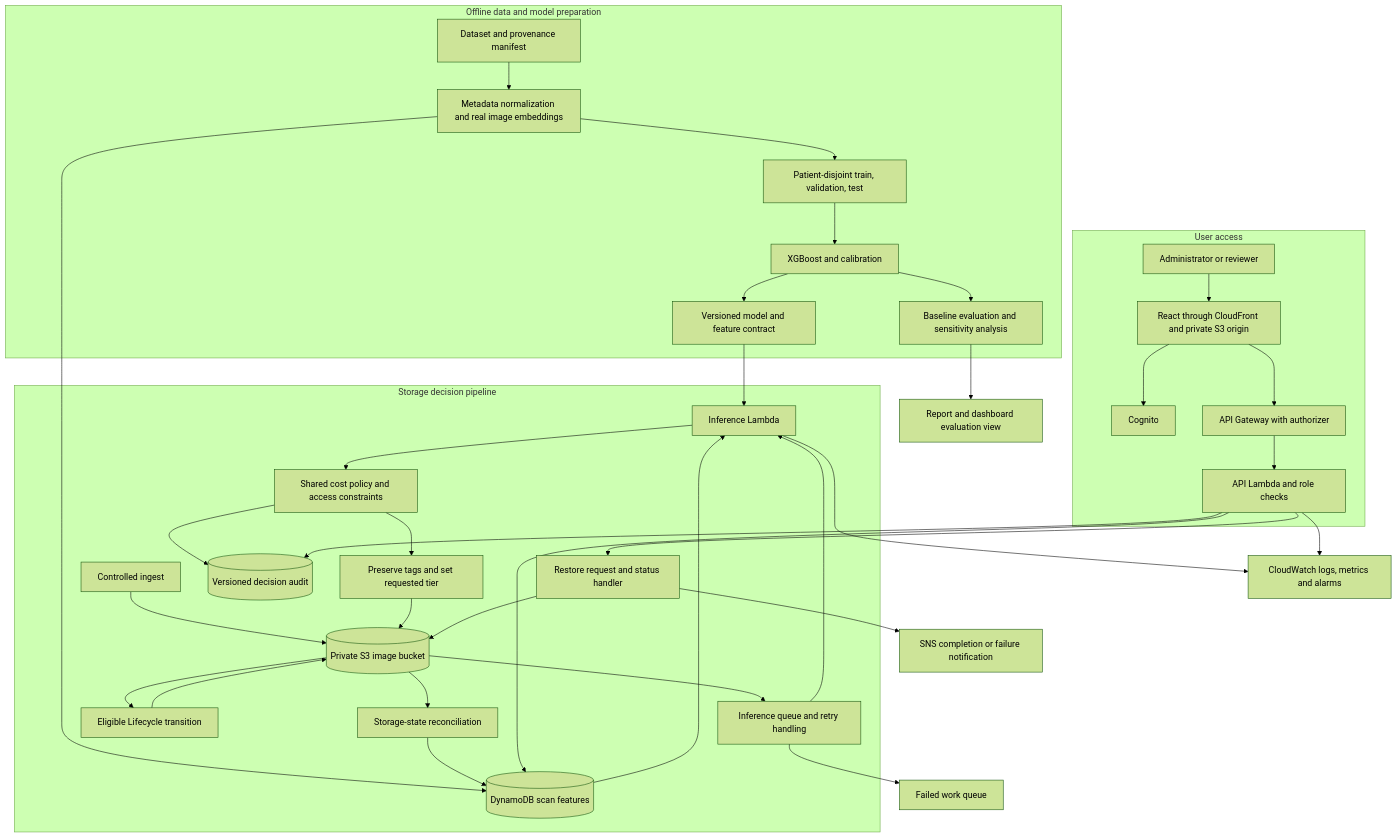
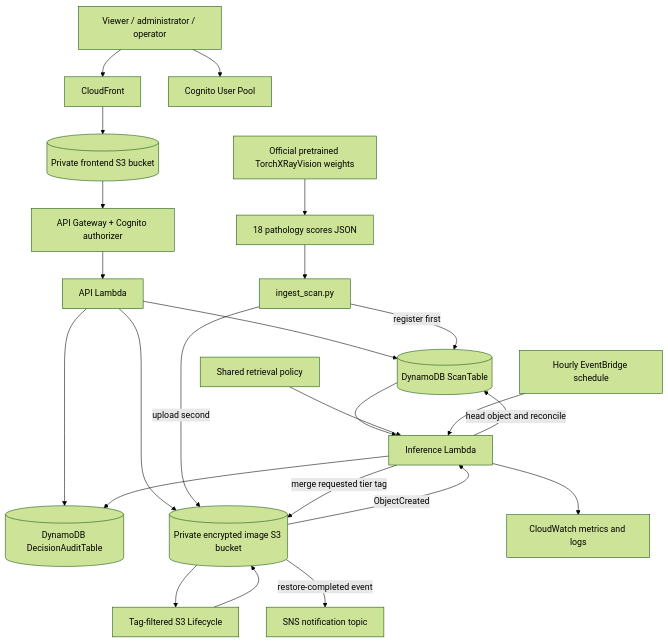
One commit to SUBHRO71/SmartStorageTierRecommenderForMedicalSector_Cloud_Project_2026 changed the second of 3 diagrams in architecture/PRODUCT_AND_IMPLEMENTATION.md. Above: the diagram before and after it, drawn with Mermaid (forest theme). The commit also changed other lines of this file and 3 other files, not shown here.

Commit message:
docs: record delivered architecture and credential-gated rollout

````diff
--- a/architecture/PRODUCT_AND_IMPLEMENTATION.md
+++ b/architecture/PRODUCT_AND_IMPLEMENTATION.md
@@ -149,41 +126,29 @@
 ```mermaid
 flowchart TB
-    subgraph Offline["Offline data and model preparation"]
-        DS["Dataset and provenance manifest"] --> FE["Metadata normalization and real image embeddings"]
-        FE --> SPLIT["Patient-disjoint train, validation, test"]
-        SPLIT --> FIT["XGBoost and calibration"]
-        FIT --> ART["Versioned model and feature contract"]
-        FIT --> EXP["Baseline evaluation and sensitivity analysis"]
-    end
-    subgraph Access["User access"]
-        USER["Administrator or reviewer"] --> WEB["React through CloudFront and private S3 origin"]
-        WEB --> AUTH["Cognito"]
-        WEB --> GW["API Gateway with authorizer"]
-        GW --> API["API Lambda and role checks"]
-    end
-    subgraph Storage["Storage decision pipeline"]
-        ING["Controlled ingest"] --> IMG[("Private S3 image bucket")]
-        FE --> META[("DynamoDB scan features")]
-        IMG --> Q["Inference queue and retry handling"]
-        Q --> INF["Inference Lambda"]
-        META --> INF
-        ART --> INF
-        INF --> POLICY["Shared cost policy and access constraints"]
-        POLICY --> TAGS["Preserve tags and set requested tier"]
-        TAGS --> IMG
-        IMG --> LIFE["Eligible Lifecycle transition"]
-        LIFE --> IMG
-        POLICY --> AUDIT[("Versioned decision audit")]
-        RECON["Storage-state reconciliation"] --> META
-        IMG --> RECON
-        API --> META
-        API --> AUDIT
-        API --> RESTORE["Restore request and status handler"]
-        RESTORE --> IMG
-    end
-    INF --> OBS["CloudWatch logs, metrics and alarms"]
-    API --> OBS
-    Q --> DLQ["Failed work queue"]
-    RESTORE --> SNS["SNS completion or failure notification"]
-    EXP --> REPORT["Report and dashboard evaluation view"]
+    USER["Viewer / administrator / operator"] --> CF["CloudFront"]
+    CF --> WEB[("Private frontend S3 bucket")]
+    USER --> COG["Cognito User Pool"]
+    WEB --> APIGW["API Gateway + Cognito authorizer"]
+    APIGW --> API["API Lambda"]
+    API --> SCANS[("DynamoDB ScanTable")]
+    API --> AUDIT[("DynamoDB DecisionAuditTable")]
+    API --> IMG[("Private encrypted image S3 bucket")]
+
+    PRE["Official pretrained TorchXRayVision weights"] --> SCORES["18 pathology scores JSON"]
+    SCORES --> INGEST["ingest_scan.py"]
+    INGEST -->|"register first"| SCANS
+    INGEST -->|"upload second"| IMG
+
+    IMG -->|"ObjectCreated"| INF["Inference Lambda"]
+    SCANS --> INF
+    POLICY["Shared retrieval policy"] --> INF
+    INF -->|"merge requested tier tag"| IMG
+    INF --> AUDIT
+    INF --> CW["CloudWatch metrics and logs"]
+    IMG --> LIFE["Tag-filtered S3 Lifecycle"]
+    LIFE --> IMG
+
+    EB["Hourly EventBridge schedule"] --> INF
+    INF -->|"head object and reconcile"| SCANS
+    IMG -->|"restore-completed event"| SNS["SNS notification topic"]
 ```
````
